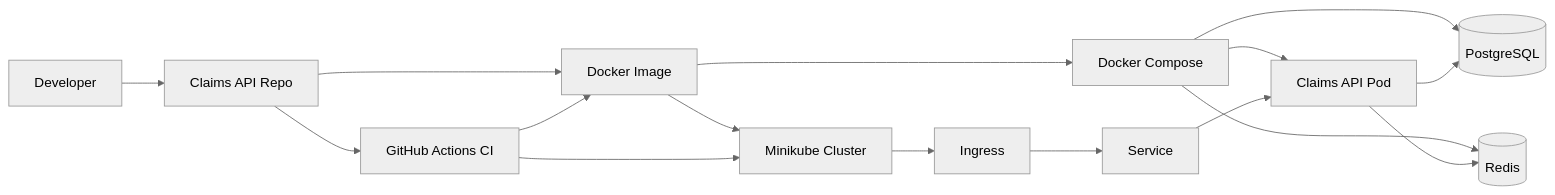
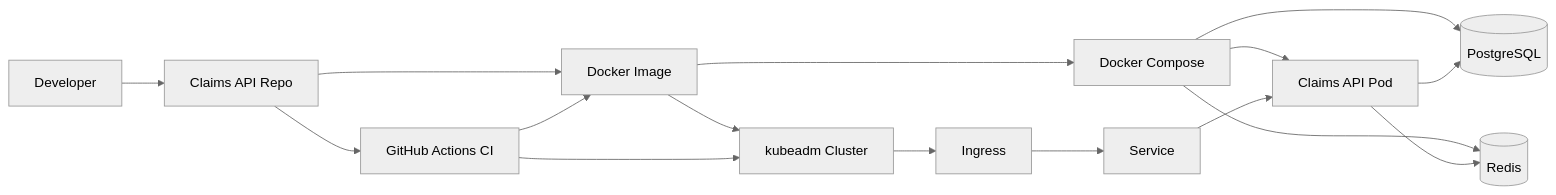
One commit to shauritanga/docker-kubernetes changed the diagram in docs/architecture-diagram.md. Above: the diagram before and after it, drawn with Mermaid (neutral theme). The commit also changed other lines of this file and 10 other files, not shown here.

Commit message:
changed cluster to kubeadm

````diff
--- a/docs/architecture-diagram.md
+++ b/docs/architecture-diagram.md
@@ -5,33 +5,33 @@
 ```mermaid
 flowchart LR
     Dev[Developer]
     Repo[Claims API Repo]
     Docker[Docker Image]
     Compose[Docker Compose]
-    Minikube[Minikube Cluster]
+    Kubeadm[kubeadm Cluster]
     Ingress[Ingress]
     API[Claims API Pod]
     Service[Service]
     Postgres[(PostgreSQL)]
     Redis[(Redis)]
     CI[GitHub Actions CI]
 
     Dev --> Repo
     Repo --> Docker
     Repo --> CI
     Docker --> Compose
-    Docker --> Minikube
+    Docker --> Kubeadm
 
     Compose --> API
     Compose --> Postgres
     Compose --> Redis
 
-    Minikube --> Ingress
+    Kubeadm --> Ingress
     Ingress --> Service
     Service --> API
     API --> Postgres
     API --> Redis
 
     CI --> Docker
-    CI --> Minikube
+    CI --> Kubeadm
 ```
````
